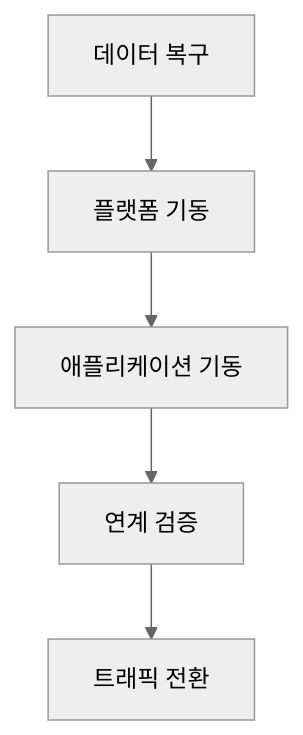
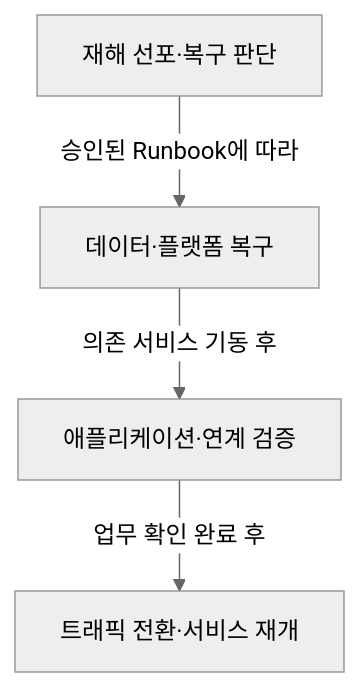
The second of 2 diagrams in src/content/docs/notes/itpe/01-it-strategy/042_drs.md (agnusdei1207/study), drawn with Mermaid (neutral theme) before and after one commit. The commit also changed other lines of this file and 5 other files, not shown here.

````diff
--- a/src/content/docs/notes/itpe/01-it-strategy/042_drs.md
+++ b/src/content/docs/notes/itpe/01-it-strategy/042_drs.md
@@ -99,7 +108,6 @@
 ```mermaid
 flowchart TD
-    S1["데이터 복구"] --> S2["플랫폼 기동"]
-    S2 --> S3["애플리케이션 기동"]
-    S3 --> S4["연계 검증"]
-    S4 --> S5["트래픽 전환"]
+    S1["재해 선포·복구 판단"] -->|승인된 Runbook에 따라| S2["데이터·플랫폼 복구"]
+    S2 -->|의존 서비스 기동 후| S3["애플리케이션·연계 검증"]
+    S3 -->|업무 확인 완료 후| S4["트래픽 전환·서비스 재개"]
 ```
````
